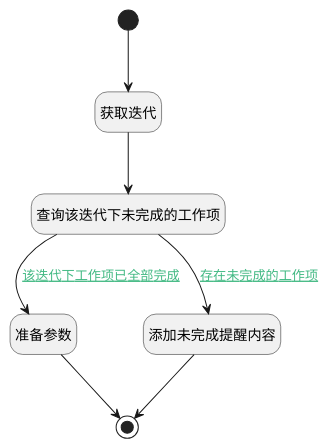
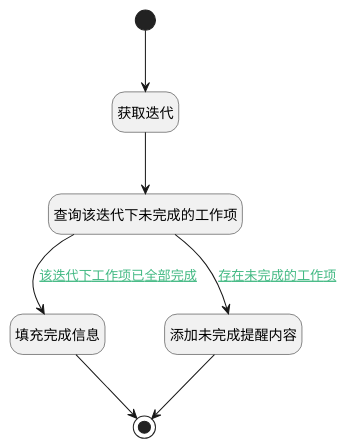
One commit to iBizLab/plm changed the diagram in doc/docsify/module/ProjMgmt/sprint/logic/get_not_finish.md. Above: the diagram before and after it, drawn with PlantUML. The commit also changed other lines of this file and 1778 other files, not shown here.

````diff
--- a/doc/docsify/module/ProjMgmt/sprint/logic/get_not_finish.md
+++ b/doc/docsify/module/ProjMgmt/sprint/logic/get_not_finish.md
@@ -7,28 +7,28 @@
 ```plantuml
 @startuml
 hide empty description
 <style>
 root {
   HyperlinkColor #42b983
 }
 </style>
 
 hide empty description
 state "开始" as Begin <<start>> [[$./get_not_finish#begin {"开始"}]]
 state "获取迭代" as DEACTION1  [[$./get_not_finish#deaction1 {"获取迭代"}]]
 state "查询该迭代下未完成的工作项" as RAWSQLCALL1  [[$./get_not_finish#rawsqlcall1 {"查询该迭代下未完成的工作项"}]]
-state "准备参数" as PREPAREPARAM1  [[$./get_not_finish#prepareparam1 {"准备参数"}]]
+state "填充完成信息" as PREPAREPARAM1  [[$./get_not_finish#prepareparam1 {"填充完成信息"}]]
 state "添加未完成提醒内容" as RAWSFCODE1  [[$./get_not_finish#rawsfcode1 {"添加未完成提醒内容"}]]
 state "结束" as END1 <<end>> [[$./get_not_finish#end1 {"结束"}]]
 
 
 Begin --> DEACTION1
 DEACTION1 --> RAWSQLCALL1
 RAWSQLCALL1 --> RAWSFCODE1 : [[$./get_not_finish#rawsqlcall1-rawsfcode1{存在未完成的工作项} 存在未完成的工作项]]
 RAWSFCODE1 --> END1
 RAWSQLCALL1 --> PREPAREPARAM1 : [[$./get_not_finish#rawsqlcall1-prepareparam1{该迭代下工作项已全部完成} 该迭代下工作项已全部完成]]
 PREPAREPARAM1 --> END1
 
 
 @enduml
 ```
````
